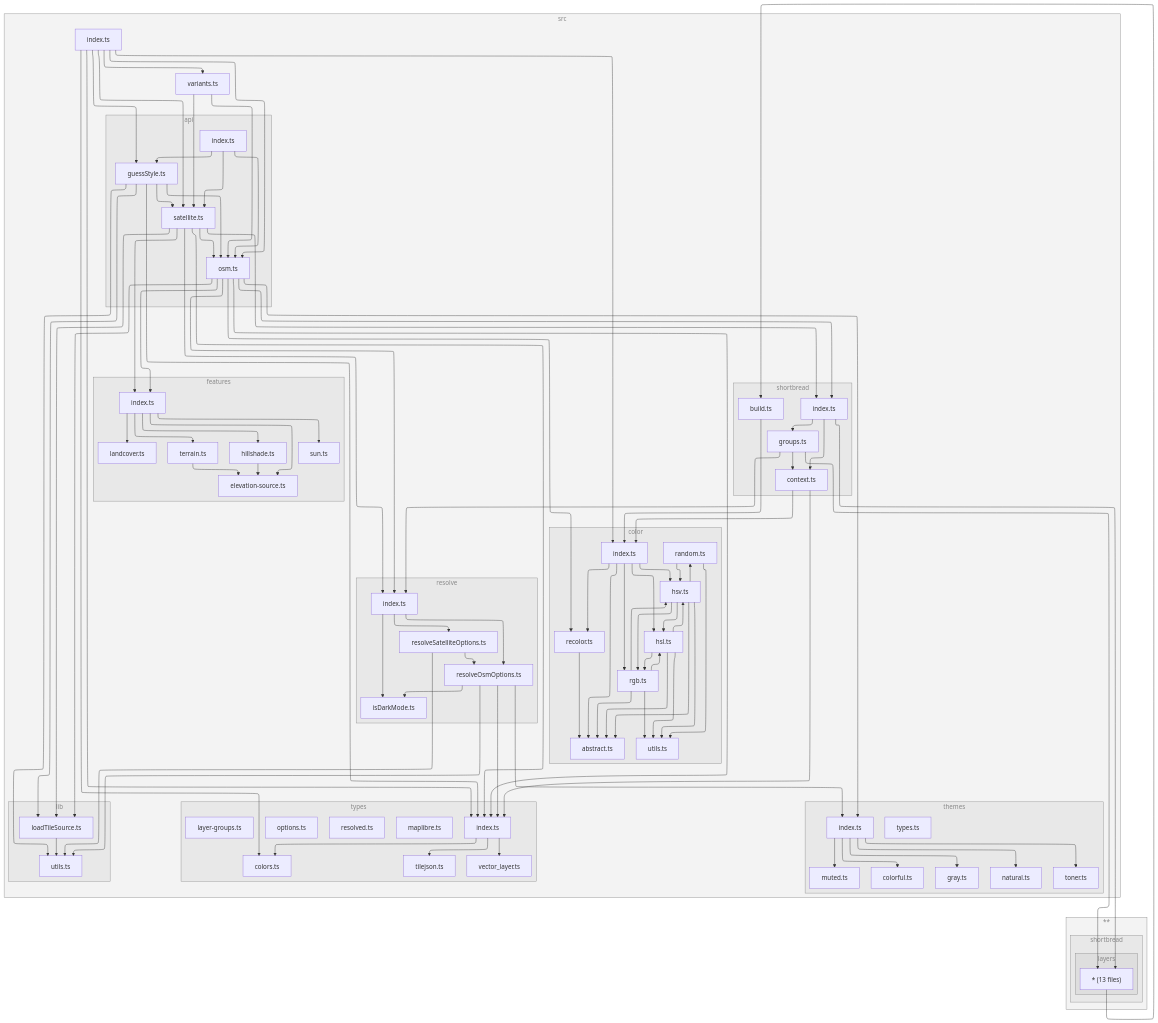
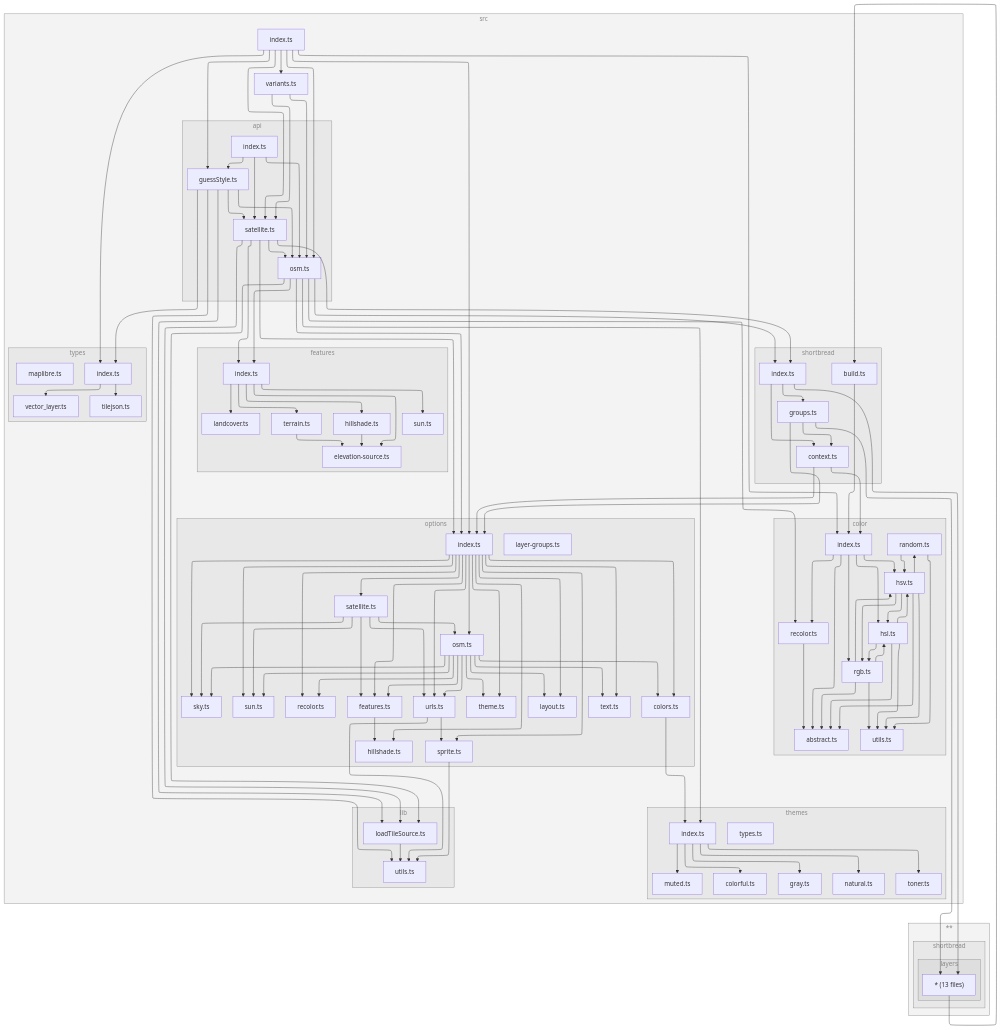
The diagram in README.md (versatiles-org/versatiles-style), drawn with Mermaid before and after one commit. The commit also changed 39 other files, not shown here.

````diff
--- a/README.md
+++ b/README.md
@@ -156,9 +156,9 @@
 subgraph 0["src"]
 subgraph 1["api"]
 2["guessStyle.ts"]
-B["osm.ts"]
-1D["satellite.ts"]
-1E["index.ts"]
+A["osm.ts"]
+1M["satellite.ts"]
+1N["index.ts"]
 end
 subgraph 3["lib"]
 4["loadTileSource.ts"]
@@ -166,150 +166,177 @@
 end
 subgraph 6["types"]
 7["index.ts"]
-8["colors.ts"]
-9["tilejson.ts"]
-A["vector_layer.ts"]
-1I["layer-groups.ts"]
-1J["maplibre.ts"]
-1K["options.ts"]
-1L["resolved.ts"]
+8["tilejson.ts"]
+9["vector_layer.ts"]
+1S["maplibre.ts"]
 end
-subgraph C["color"]
-D["recolor.ts"]
-E["abstract.ts"]
-11["index.ts"]
-12["hsl.ts"]
-13["hsv.ts"]
-14["random.ts"]
-15["utils.ts"]
-16["rgb.ts"]
+subgraph B["color"]
+C["recolor.ts"]
+D["abstract.ts"]
+1A["index.ts"]
+1B["hsl.ts"]
+1C["hsv.ts"]
+1D["random.ts"]
+1E["utils.ts"]
+1F["rgb.ts"]
 end
-subgraph F["features"]
-G["index.ts"]
-H["elevation-source.ts"]
-I["hillshade.ts"]
-J["landcover.ts"]
-K["sun.ts"]
-L["terrain.ts"]
+subgraph E["features"]
+F["index.ts"]
+G["elevation-source.ts"]
+H["hillshade.ts"]
+I["landcover.ts"]
+J["sun.ts"]
+K["terrain.ts"]
 end
-subgraph M["resolve"]
-N["index.ts"]
-O["isDarkMode.ts"]
-P["resolveOsmOptions.ts"]
-X["resolveSatelliteOptions.ts"]
+subgraph L["options"]
+M["index.ts"]
+N["colors.ts"]
+V["features.ts"]
+W["hillshade.ts"]
+X["layout.ts"]
+Y["osm.ts"]
+Z["recolor.ts"]
+10["sky.ts"]
+11["sun.ts"]
+12["text.ts"]
+13["theme.ts"]
+14["urls.ts"]
+15["sprite.ts"]
+16["satellite.ts"]
+1Q["layer-groups.ts"]
 end
-subgraph Q["themes"]
-R["index.ts"]
-S["colorful.ts"]
-T["gray.ts"]
-U["muted.ts"]
-V["natural.ts"]
-W["toner.ts"]
-1H["types.ts"]
+subgraph O["themes"]
+P["index.ts"]
+Q["colorful.ts"]
+R["gray.ts"]
+S["muted.ts"]
+T["natural.ts"]
+U["toner.ts"]
+1R["types.ts"]
 end
-subgraph Y["shortbread"]
-Z["index.ts"]
-10["context.ts"]
-17["groups.ts"]
-1C["build.ts"]
+subgraph 17["shortbread"]
+18["index.ts"]
+19["context.ts"]
+1G["groups.ts"]
+1L["build.ts"]
 end
-1F["index.ts"]
-1G["variants.ts"]
+1O["index.ts"]
+1P["variants.ts"]
 end
-subgraph 18["**"]
-subgraph 19["shortbread"]
-subgraph 1A["layers"]
-1B["* (13 files)"]
+subgraph 1H["**"]
+subgraph 1I["shortbread"]
+subgraph 1J["layers"]
+1K["* (13 files)"]
 end
 end
 end
 2-->4
 2-->5
 2-->7
-2-->B
-2-->1D
+2-->A
+2-->1M
 4-->5
 7-->8
 7-->9
-7-->A
-B-->D
-B-->G
-B-->4
-B-->N
-B-->Z
-B-->R
-B-->7
-D-->E
-G-->H
-G-->I
-G-->J
-G-->K
-G-->L
-I-->H
-L-->H
-N-->O
+A-->C
+A-->F
+A-->4
+A-->M
+A-->18
+A-->P
+C-->D
+F-->G
+F-->H
+F-->I
+F-->J
+F-->K
+H-->G
+K-->G
+M-->N
+M-->V
+M-->W
+M-->X
+M-->Y
+M-->Z
+M-->16
+M-->10
+M-->15
+M-->11
+M-->12
+M-->13
+M-->14
 N-->P
-N-->X
-P-->5
+P-->Q
 P-->R
-P-->7
-P-->O
-R-->S
-R-->T
-R-->U
-R-->V
-R-->W
-X-->5
-X-->P
-Z-->10
-Z-->17
-Z-->1B
-10-->11
-10-->7
-11-->E
-11-->12
-11-->13
-11-->D
-11-->16
-12-->E
-12-->13
-12-->16
-12-->15
-13-->E
-13-->12
-13-->14
-13-->16
-13-->15
-14-->13
+P-->S
+P-->T
+P-->U
+V-->W
+Y-->N
+Y-->V
+Y-->X
+Y-->Z
+Y-->10
+Y-->11
+Y-->12
+Y-->13
+Y-->14
+14-->5
 14-->15
-16-->E
-16-->12
-16-->13
-16-->15
-17-->N
-17-->10
-17-->1B
+15-->5
+16-->V
+16-->Y
+16-->10
+16-->11
+16-->14
+18-->19
+18-->1G
+18-->1K
+19-->1A
+19-->M
+1A-->D
+1A-->1B
+1A-->1C
+1A-->C
+1A-->1F
+1B-->D
 1B-->1C
-1C-->11
-1D-->G
-1D-->4
-1D-->N
-1D-->Z
-1D-->7
-1D-->B
-1E-->2
-1E-->B
-1E-->1D
-1F-->2
-1F-->B
-1F-->1D
-1F-->11
-1F-->8
-1F-->7
-1F-->1G
-1G-->B
-1G-->1D
+1B-->1F
+1B-->1E
+1C-->D
+1C-->1B
+1C-->1D
+1C-->1F
+1C-->1E
+1D-->1C
+1D-->1E
+1F-->D
+1F-->1B
+1F-->1C
+1F-->1E
+1G-->M
+1G-->19
+1G-->1K
+1K-->1L
+1L-->1A
+1M-->F
+1M-->4
+1M-->M
+1M-->18
+1M-->A
+1N-->2
+1N-->A
+1N-->1M
+1O-->2
+1O-->A
+1O-->1M
+1O-->1A
+1O-->M
+1O-->7
+1O-->1P
+1P-->A
+1P-->1M
 
-class 0,1,3,6,C,F,M,Q,Y,18,19,1A subgraphs;
+class 0,1,3,6,B,E,L,O,17,1H,1I,1J subgraphs;
 classDef subgraphs fill-opacity:0.1, fill:#888, color:#888, stroke:#888;
 ```
````
